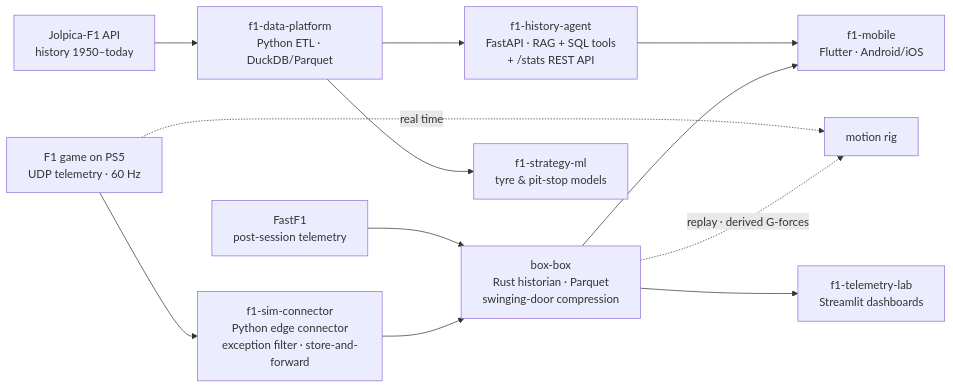
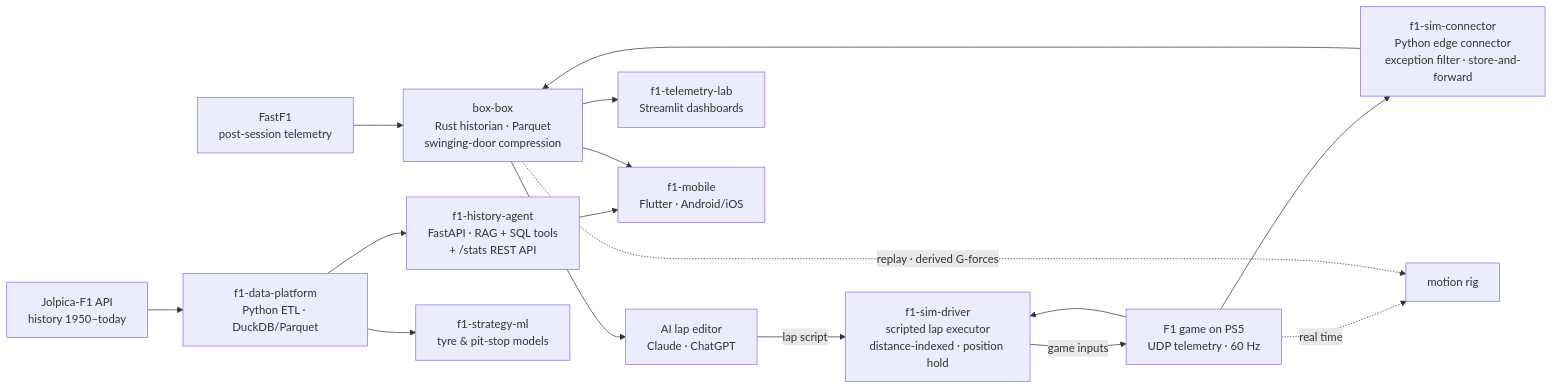
One commit to deepcode-data-intelligence/f1-portfolio changed the diagram in README.md. Above: the diagram before and after it, drawn with Mermaid. The commit also changed other lines of this file and 19 other files, not shown here.

First line of the commit message:
Add f1-sim-driver case: scripted lap executor and AI race-engineer protocol

````diff
--- a/README.md
+++ b/README.md
@@ -23,14 +23,18 @@
 ```mermaid
 flowchart LR
     J[Jolpica-F1 API<br/>history 1950–today] --> DP[f1-data-platform<br/>Python ETL · DuckDB/Parquet]
     FF[FastF1<br/>post-session telemetry] --> PIMS[box-box<br/>Rust historian · Parquet<br/>swinging-door compression]
     PS5[F1 game on PS5<br/>UDP telemetry · 60 Hz] --> SIM[f1-sim-connector<br/>Python edge connector<br/>exception filter · store-and-forward]
     SIM --> PIMS
     PS5 -. real time .-> RIG[motion rig]
+    PS5 --> DRV[f1-sim-driver<br/>scripted lap executor<br/>distance-indexed · position hold]
+    PIMS --> ED[AI lap editor<br/>Claude · ChatGPT]
+    ED -- lap script --> DRV
+    DRV -- game inputs --> PS5
     PIMS -. replay · derived G-forces .-> RIG
     DP --> AG[f1-history-agent<br/>FastAPI · RAG + SQL tools<br/>+ /stats REST API]
     PIMS --> TL[f1-telemetry-lab<br/>Streamlit dashboards]
     DP --> ML[f1-strategy-ml<br/>tyre & pit-stop models]
     AG --> MOB[f1-mobile<br/>Flutter · Android/iOS]
     PIMS --> MOB
 ```
````
